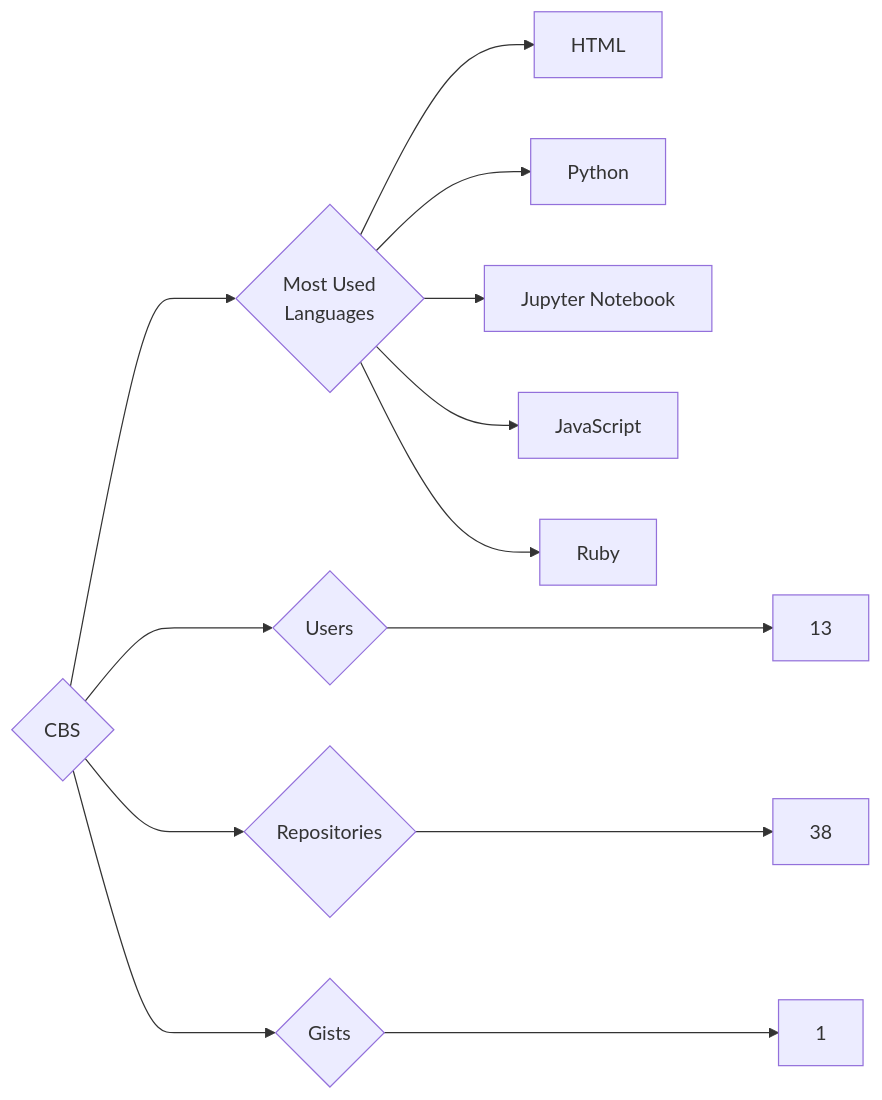
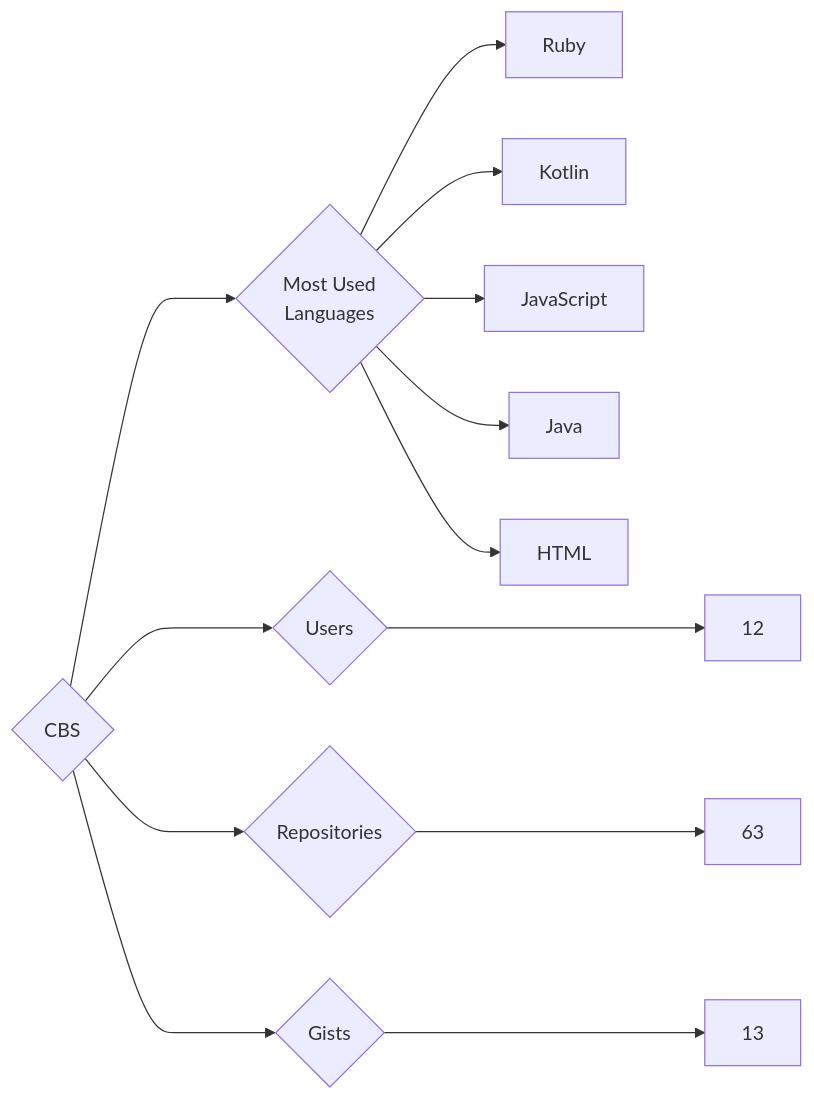
One commit to trickest/insiders changed the diagram in targets/CBS/README.md. Above: the diagram before and after it, drawn with Mermaid. The commit also changed 953 other files, not shown here.

````diff
--- a/targets/CBS/README.md
+++ b/targets/CBS/README.md
@@ -3,13 +3,13 @@
 ```mermaid
 graph LR
 COMPANY_NAME{CBS}
-COMPANY_NAME ---> U{Users} ---> UN[13]
-COMPANY_NAME ---> R{Repositories} ---> RN[38]
-COMPANY_NAME ---> G{Gists} ---> GN[1]
+COMPANY_NAME ---> U{Users} ---> UN[12]
+COMPANY_NAME ---> R{Repositories} ---> RN[63]
+COMPANY_NAME ---> G{Gists} ---> GN[13]
 COMPANY_NAME ---> ML{Most Used<br>Languages}
+ML --> Ruby[Ruby]
+ML --> Kotlin[Kotlin]
+ML --> JavaScript[JavaScript]
+ML --> Java[Java]
 ML --> HTML[HTML]
-ML --> Python[Python]
-ML --> Jupyter_Notebook[Jupyter Notebook]
-ML --> JavaScript[JavaScript]
-ML --> Ruby[Ruby]
 ```
````
